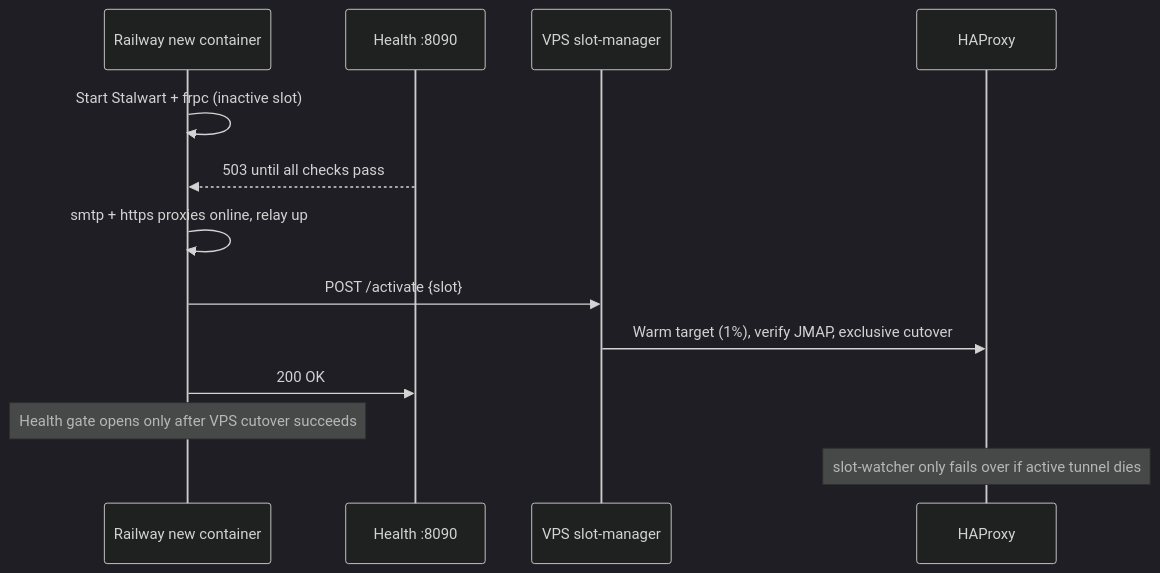
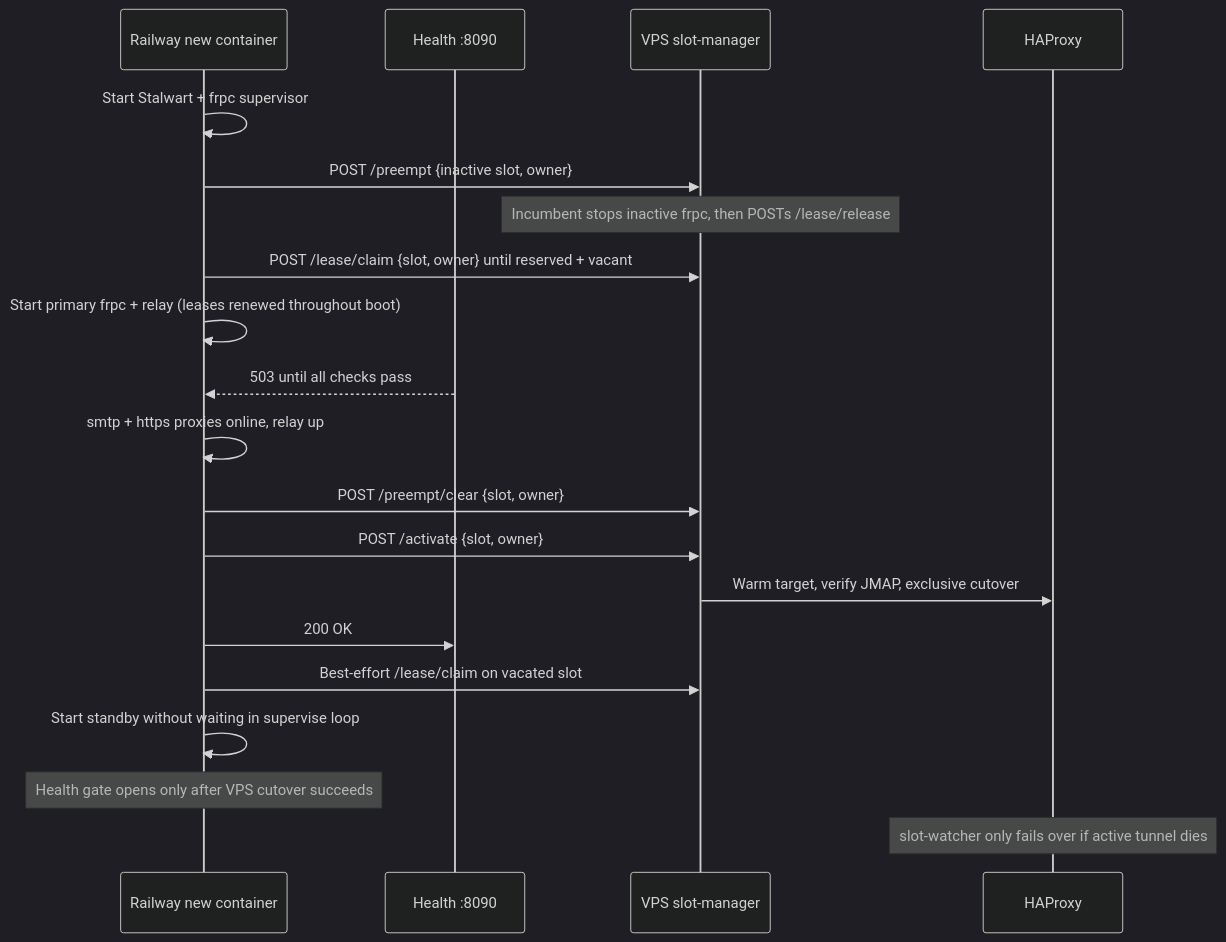
The fourth of 4 diagrams in apps/stalwart/README.md (IIRoan/rocal), drawn with Mermaid (dark theme) before and after one commit. The commit also changed other lines of this file and 13 other files, not shown here.

````diff
--- a/apps/stalwart/README.md
+++ b/apps/stalwart/README.md
@@ -124,16 +124,23 @@
 ```mermaid
 sequenceDiagram
     participant R as Railway new container
     participant H as Health :8090
     participant V as VPS slot-manager
     participant X as HAProxy
 
-    R->>R: Start Stalwart + frpc (inactive slot)
+    R->>R: Start Stalwart + frpc supervisor
+    R->>V: POST /preempt {inactive slot, owner}
+    Note over V: Incumbent stops inactive frpc, then POSTs /lease/release
+    R->>V: POST /lease/claim {slot, owner} until reserved + vacant
+    R->>R: Start primary frpc + relay (leases renewed throughout boot)
     H-->>R: 503 until all checks pass
     R->>R: smtp + https proxies online, relay up
-    R->>V: POST /activate {slot}
-    V->>X: Warm target (1%), verify JMAP, exclusive cutover
+    R->>V: POST /preempt/clear {slot, owner}
+    R->>V: POST /activate {slot, owner}
+    V->>X: Warm target, verify JMAP, exclusive cutover
     R->>H: 200 OK
+    R->>V: Best-effort /lease/claim on vacated slot
+    R->>R: Start standby without waiting in supervise loop
     Note over R: Health gate opens only after VPS cutover succeeds
     Note over X: slot-watcher only fails over if active tunnel dies
 ```
````
